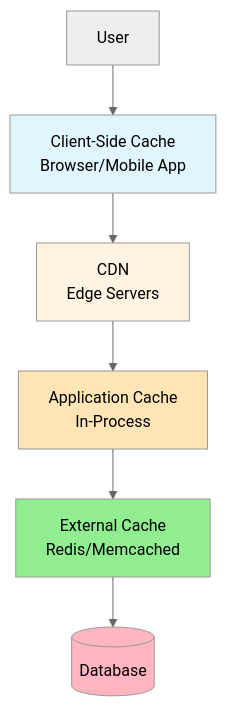
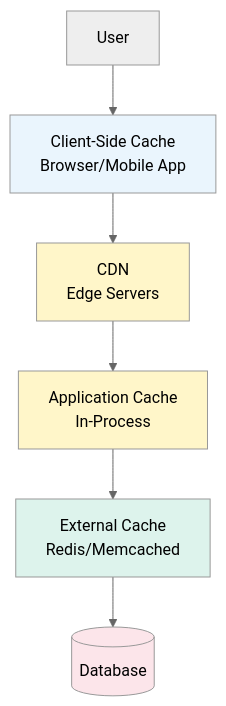
Before and after one commit to cartmancodes/InterviewVault: the fourth of 47 diagrams in LLD/CoreConcepts/Caching.md, drawn with Mermaid (neutral theme). The commit also changed other lines of this file and 679 other files, not shown here.

Commit message:
Unify content diagrams and add accessible visual walkthroughs

````diff
--- a/LLD/CoreConcepts/Caching.md
+++ b/LLD/CoreConcepts/Caching.md
@@ -111,16 +111,16 @@
 ```mermaid
 graph TB
     USER[User]
     
     USER --> L1[Client-Side Cache<br/>Browser/Mobile App]
     L1 --> L2[CDN<br/>Edge Servers]
     L2 --> L3[Application Cache<br/>In-Process]
     L3 --> L4[External Cache<br/>Redis/Memcached]
     L4 --> L5[(Database)]
     
-    style L1 fill:#e1f5ff
-    style L2 fill:#fff4e1
-    style L3 fill:#FFE4B5
-    style L4 fill:#90EE90
-    style L5 fill:#FFB6C1
+    style L1 fill:#EAF5FD
+    style L2 fill:#FFF6C9
+    style L3 fill:#FFF6C9
+    style L4 fill:#DDF3EC
+    style L5 fill:#FCE5EA
 ```
````
